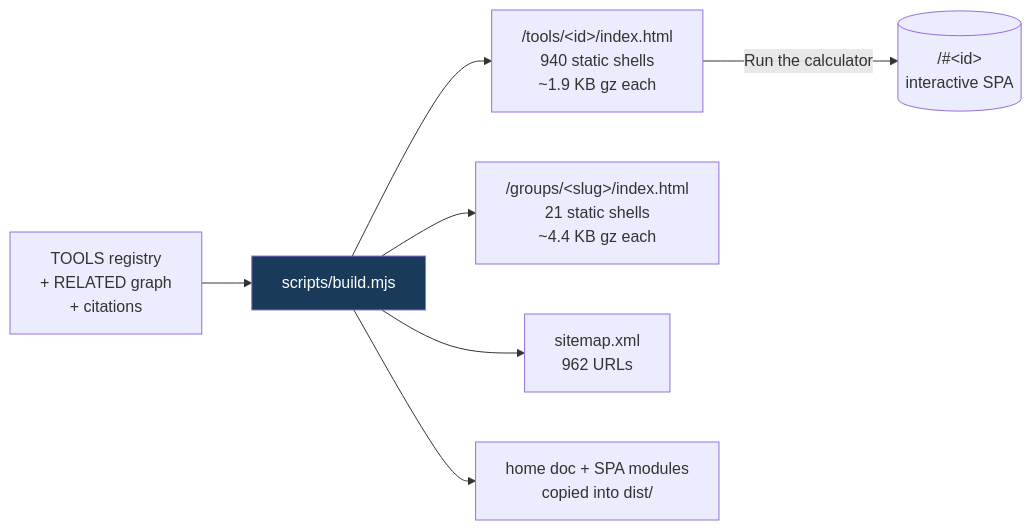
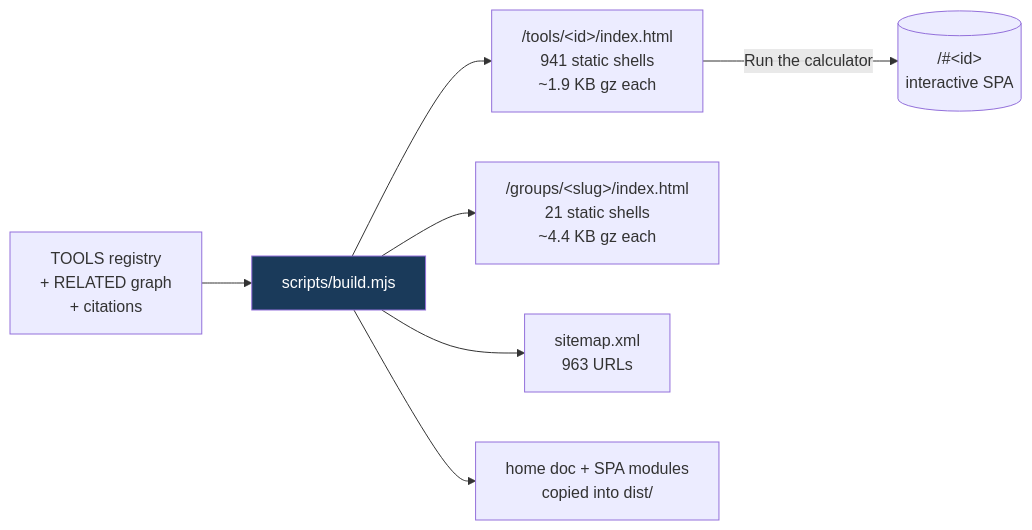
One commit to clay-good/roughlogic.com changed the fifth of 8 diagrams in README.md. Above: the diagram before and after it, drawn with Mermaid. The commit also changed other lines of this file and 16 other files, not shown here.

````diff
--- a/README.md
+++ b/README.md
@@ -495,10 +495,10 @@
 ```mermaid
 flowchart LR
     SRC[TOOLS registry\n+ RELATED graph\n+ citations] --> BUILD[scripts/build.mjs]
-    BUILD --> TILE["/tools/&lt;id&gt;/index.html\n940 static shells\n~1.9 KB gz each"]
+    BUILD --> TILE["/tools/&lt;id&gt;/index.html\n941 static shells\n~1.9 KB gz each"]
     BUILD --> GROUP["/groups/&lt;slug&gt;/index.html\n21 static shells\n~4.4 KB gz each"]
-    BUILD --> MAP["sitemap.xml\n962 URLs"]
+    BUILD --> MAP["sitemap.xml\n963 URLs"]
     BUILD --> COPY[home doc + SPA modules\ncopied into dist/]
     TILE -->|Run the calculator| SPA[("/#&lt;id&gt;\ninteractive SPA")]
     style BUILD fill:#1a3a5a,color:#fff
 ```
````
